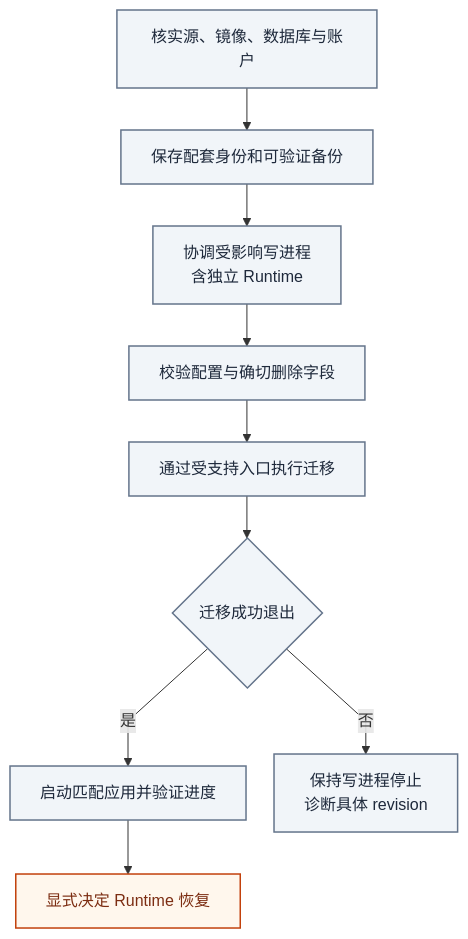
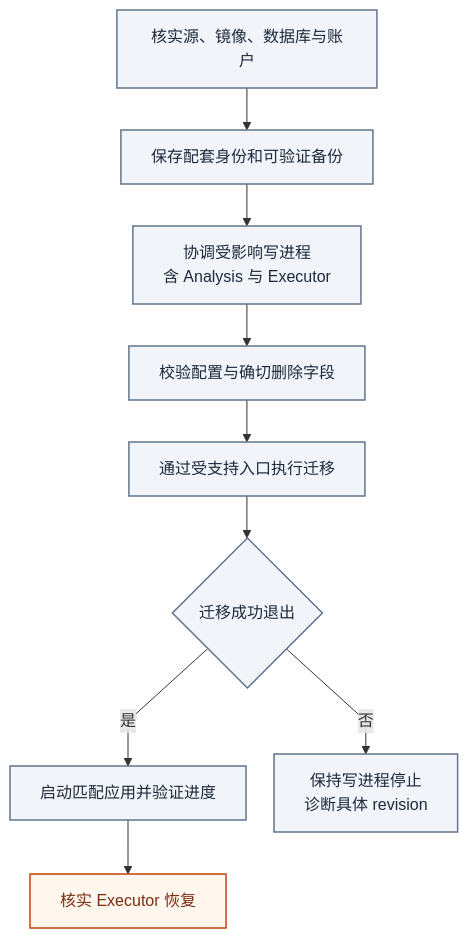
One commit to AnalyThothAI/tracefold changed the diagram in docs/MIGRATIONS.md. Above: the diagram before and after it, drawn with Mermaid. The commit also changed other lines of this file and 112 other files, not shown here.

````diff
--- a/docs/MIGRATIONS.md
+++ b/docs/MIGRATIONS.md
@@ -39,29 +39,29 @@
 ```mermaid
 ---
 config:
   fontFamily: "system-ui, Noto Sans CJK SC, Microsoft YaHei, WenQuanYi Zen Hei, sans-serif"
   flowchart:
     curve: linear
     nodeSpacing: 28
     rankSpacing: 42
 ---
 flowchart TD
     accTitle: 协调数据库升级
-    accDescr: 先确认版本、备份与账户，再协调写进程和校验配置。迁移成功后恢复匹配应用，独立决定 Runtime 恢复；失败时保持写进程停止。
+    accDescr: 先确认版本、备份与账户，再协调写进程和校验配置。迁移成功后恢复匹配应用，核实 Executor 恢复；失败时保持写进程停止。
     Inspect["核实源、镜像、数据库与账户"] --> Backup["保存配套身份和可验证备份"]
-    Backup --> Writers["协调受影响写进程<br/>含独立 Runtime"]
+    Backup --> Writers["协调受影响写进程<br/>含 Analysis 与 Executor"]
     Writers --> Config["校验配置与确切删除字段"]
     Config --> Migrate["通过受支持入口执行迁移"]
     Migrate --> Success{"迁移成功退出"}
     Success -->|"是"| Start["启动匹配应用并验证进度"]
     Success -->|"否"| Diagnose["保持写进程停止<br/>诊断具体 revision"]
-    Start --> Runtime["显式决定 Runtime 恢复"]
+    Start --> Runtime["核实 Executor 恢复"]
 
     classDef news fill:#ecfdf5,stroke:#0f766e,color:#134e4a,stroke-width:1.5px
     classDef research fill:#eef2ff,stroke:#6366f1,color:#312e81,stroke-width:1.5px
     classDef execution fill:#fff7ed,stroke:#c2410c,color:#7c2d12,stroke-width:1.5px
     classDef store fill:#f1f5f9,stroke:#64748b,color:#1e293b,stroke-width:1.5px
     classDef external fill:#f8fafc,stroke:#94a3b8,color:#334155,stroke-dasharray:4 3
 class Inspect,Backup,Writers,Config,Migrate,Success,Start,Diagnose store;
 class Runtime execution;
 ```
````
